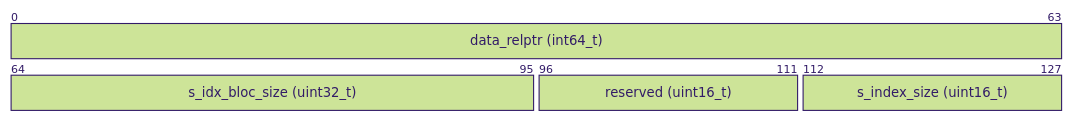
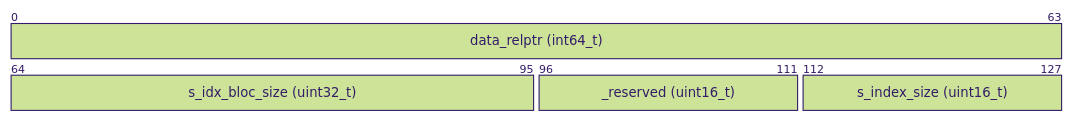
One commit to wows-tools/wows-geometry changed the sixth of 6 diagrams in FORMAT.md. Above: the diagram before and after it, drawn with Mermaid. The commit also changed other lines of this file, not shown here.

````diff
--- a/FORMAT.md
+++ b/FORMAT.md
@@ -127,8 +233,8 @@
 ```mermaid
 %%{init: { 'theme': 'forest', 'config': {'bitsPerRow': 64, 'bitWidth': 15}}}%%
 packet-beta
 0-63: "data_relptr (int64_t)"
 64-95: "s_idx_bloc_size (uint32_t)"
-96-111: "reserved (uint16_t)"
+96-111: "_reserved (uint16_t)"
 112-127: "s_index_size (uint16_t)"
 ```
````
